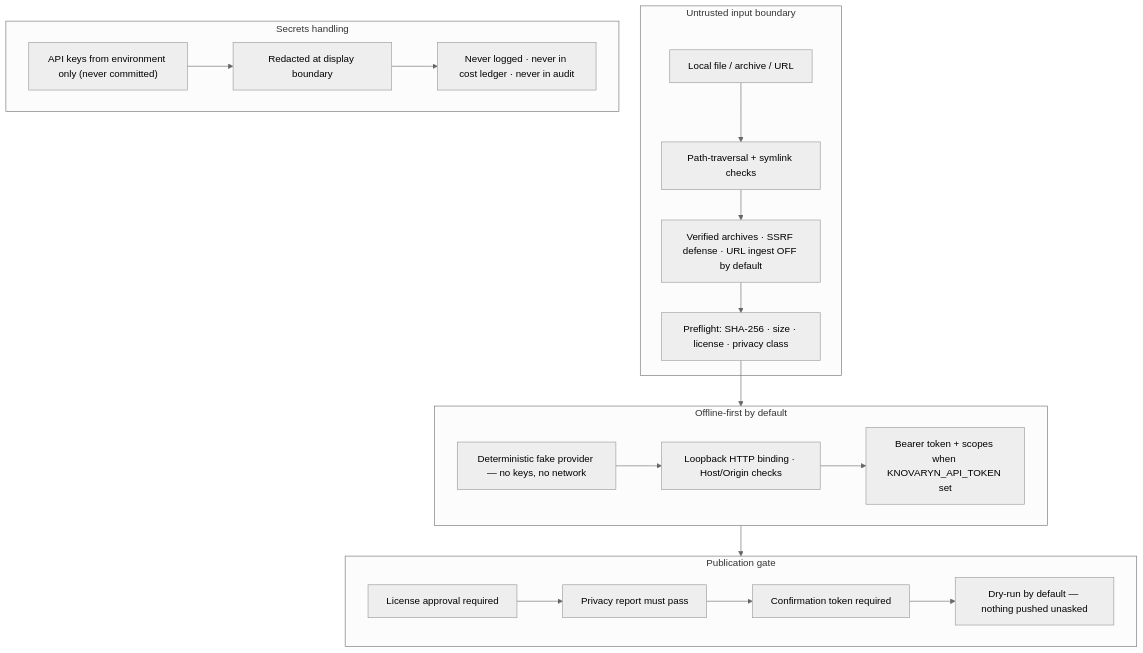
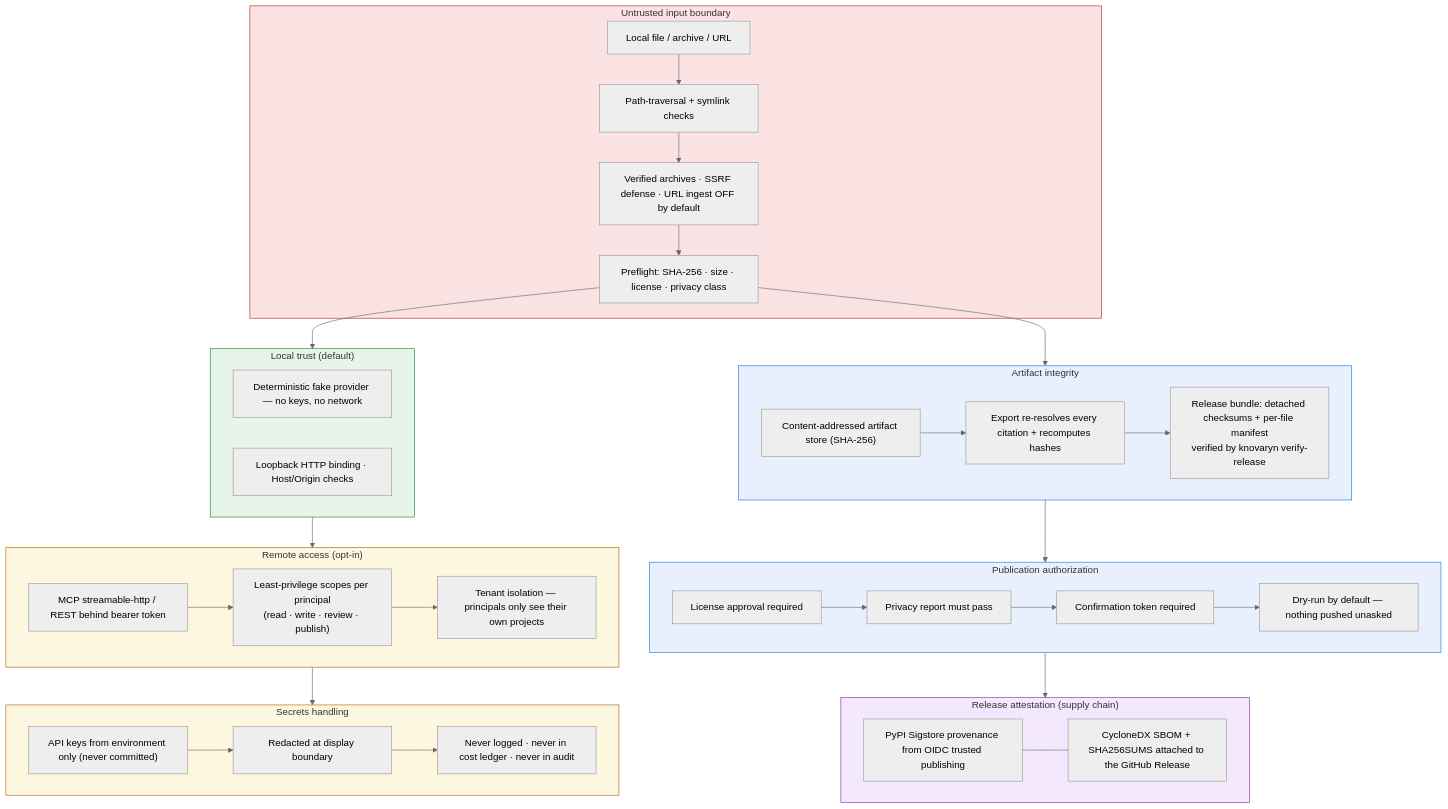
One commit to waalwalker1/knovaryn changed the fifth of 6 diagrams in docs/architecture/readme-diagrams.md. Above: the diagram before and after it, drawn with Mermaid (neutral theme). The commit also changed other lines of this file and 132 other files, not shown here.

````diff
--- a/docs/architecture/readme-diagrams.md
+++ b/docs/architecture/readme-diagrams.md
@@ -203,35 +257,66 @@
 ```mermaid
 flowchart TD
-    subgraph TRUST["Untrusted input boundary"]
+    subgraph INTAKE["Untrusted input boundary"]
         T1["Local file / archive / URL"]
         T2["Path-traversal + symlink checks"]
         T3["Verified archives · SSRF defense · URL ingest OFF by default"]
         T1 --> T2 --> T3
-        T3 --> T4["Preflight: SHA-256 · size · license · privacy class"]
+        T4["Preflight: SHA-256 · size · license · privacy class"]
+        T3 --> T4
+    end
+
+    subgraph LOCAL["Local trust (default)"]
+        L1["Deterministic fake provider — no keys, no network"]
+        L2["Loopback HTTP binding · Host/Origin checks"]
+    end
+
+    subgraph REMOTE["Remote access (opt-in)"]
+        R1["MCP streamable-http / REST behind bearer token"]
+        R2["Least-privilege scopes per principal<br/>(read · write · review · publish)"]
+        R3["Tenant isolation — principals only see their own projects"]
+        R1 --> R2 --> R3
     end
 
     subgraph SECRETS["Secrets handling"]
         S1["API keys from environment only (never committed)"]
         S2["Redacted at display boundary"]
         S3["Never logged · never in cost ledger · never in audit"]
         S1 --> S2 --> S3
     end
 
-    subgraph LOCAL["Offline-first by default"]
-        L1["Deterministic fake provider — no keys, no network"]
-        L2["Loopback HTTP binding · Host/Origin checks"]
-        L3["Bearer token + scopes when KNOVARYN_API_TOKEN set"]
-        L1 --> L2 --> L3
+    subgraph ARTIFACTS["Artifact integrity"]
+        A1["Content-addressed artifact store (SHA-256)"]
+        A2["Export re-resolves every citation + recomputes hashes"]
+        A3["Release bundle: detached checksums + per-file manifest<br/>verified by knovaryn verify-release"]
+        A1 --> A2 --> A3
     end
 
-    subgraph GATE["Publication gate"]
+    subgraph PUBLISH["Publication authorization"]
         G1["License approval required"]
         G2["Privacy report must pass"]
         G3["Confirmation token required"]
         G4["Dry-run by default — nothing pushed unasked"]
         G1 --> G2 --> G3 --> G4
     end
 
+    subgraph RELEASE["Release attestation (supply chain)"]
+        N1["PyPI Sigstore provenance from OIDC trusted publishing"]
+        N2["CycloneDX SBOM + SHA256SUMS attached to the GitHub Release"]
+        N1 --- N2
+    end
+
     T4 --> LOCAL
-    LOCAL --> GATE
+    LOCAL --> REMOTE
+    REMOTE --> SECRETS
+    T4 --> ARTIFACTS
+    ARTIFACTS --> PUBLISH
+    PUBLISH --> RELEASE
+
+    style INTAKE fill:#fbe3e3,stroke:#b3261e
+    style REMOTE fill:#fef7e0,stroke:#b06000
+    style SECRETS fill:#fef7e0,stroke:#b06000
+    style LOCAL fill:#e6f4ea,stroke:#188038
+    style ARTIFACTS fill:#e8f0fe,stroke:#1a73e8
+    style PUBLISH fill:#e8f0fe,stroke:#1a73e8
+    style RELEASE fill:#f3e8fd,stroke:#8e24aa
 ```
````
